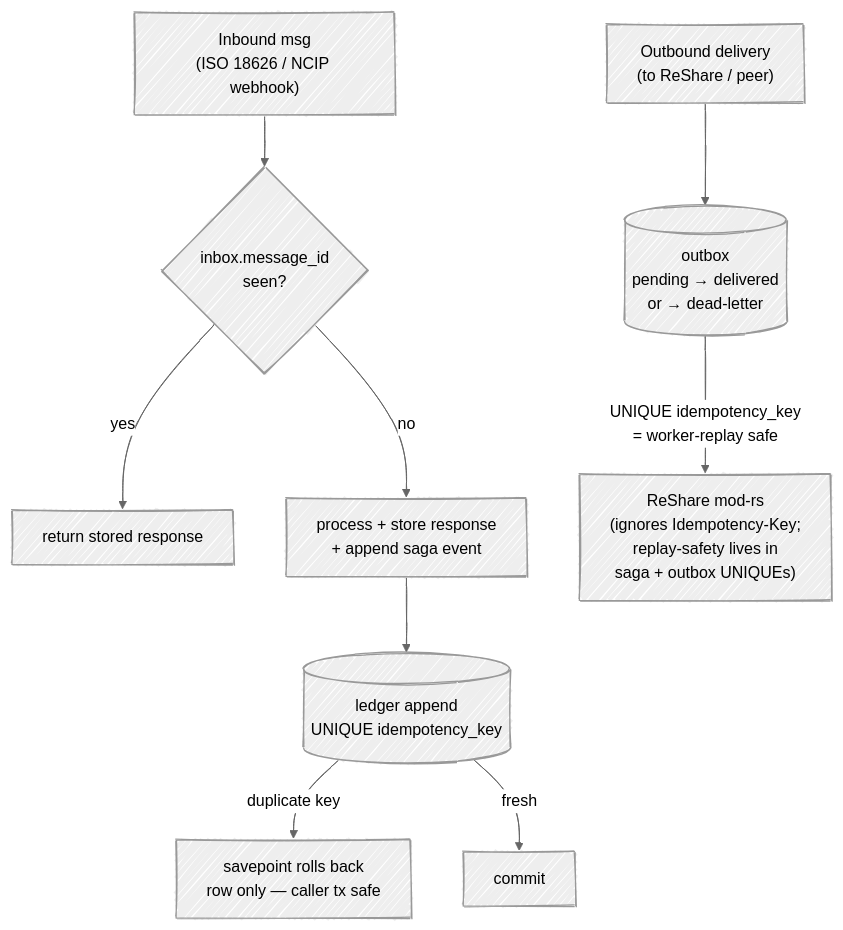
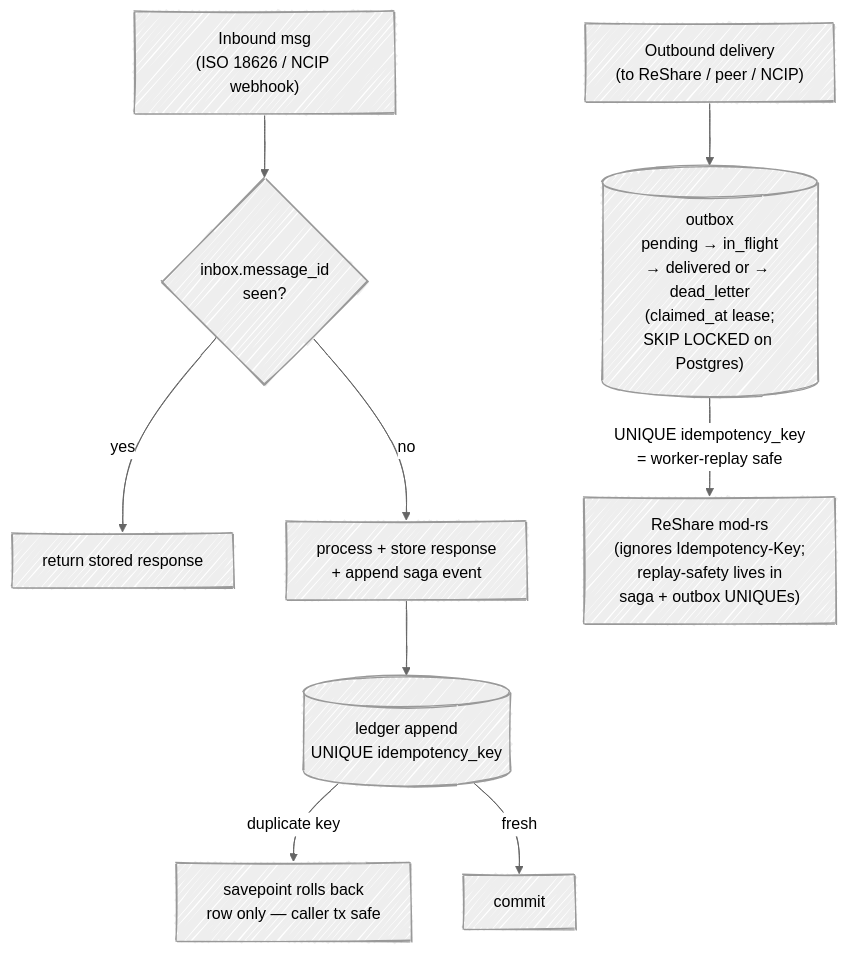
Before and after one commit to gmanch94/agora: the fourth of 5 diagrams in docs/architecture.md, drawn with Mermaid. The commit also changed other lines of this file and 2 other files, not shown here.

````diff
--- a/docs/architecture.md
+++ b/docs/architecture.md
@@ -128,17 +155,17 @@
 ```mermaid
 ---
 config:
   look: handDrawn
   theme: neutral
 ---
 flowchart TB
     IN["Inbound msg<br/>(ISO 18626 / NCIP webhook)"] --> CHK{"inbox.message_id<br/>seen?"}
     CHK -->|yes| REPLAY["return stored response"]
     CHK -->|no| PROC["process + store response<br/>+ append saga event"]
     PROC --> LEDG[("ledger append<br/>UNIQUE idempotency_key")]
     LEDG -->|duplicate key| SAVEPOINT["savepoint rolls back<br/>row only — caller tx safe"]
     LEDG -->|fresh| OK["commit"]
 
-    OUT["Outbound delivery<br/>(to ReShare / peer)"] --> OBOX[("outbox<br/>pending → delivered<br/>or → dead-letter")]
+    OUT["Outbound delivery<br/>(to ReShare / peer / NCIP)"] --> OBOX[("outbox<br/>pending → in_flight<br/>→ delivered or → dead_letter<br/>(claimed_at lease;<br/>SKIP LOCKED on Postgres)")]
     OBOX -->|UNIQUE idempotency_key<br/>= worker-replay safe| RS["ReShare mod-rs<br/>(ignores Idempotency-Key;<br/>replay-safety lives in<br/>saga + outbox UNIQUEs)"]
 ```
````
